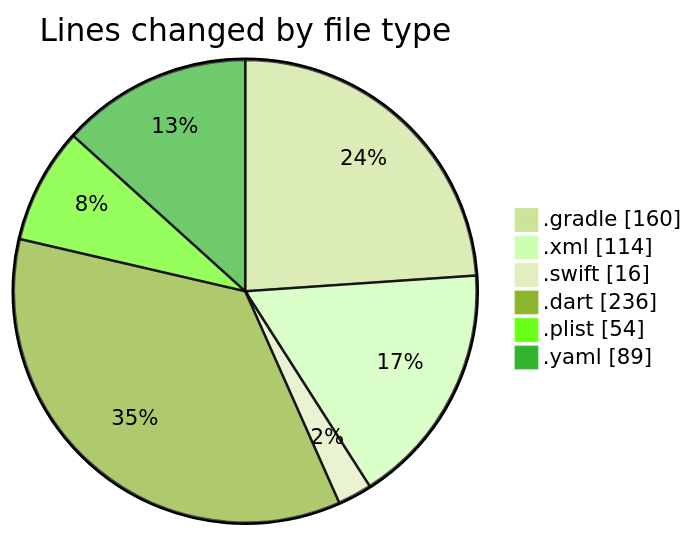
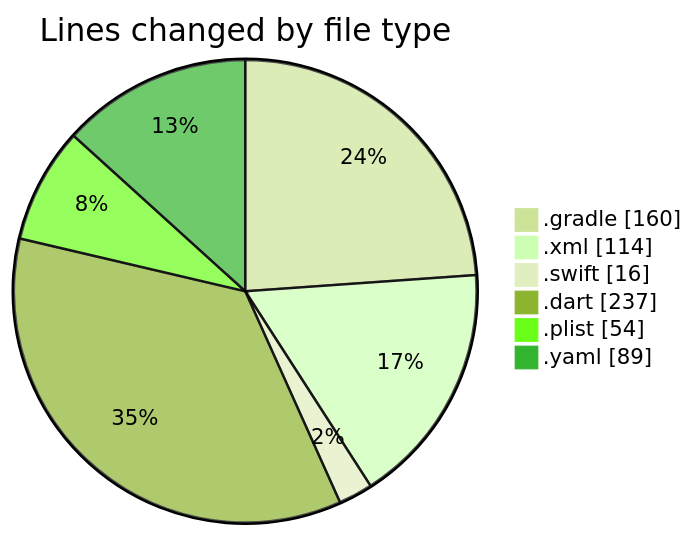
The first of 2 diagrams in 2025-01-01/uber_clone/README.md (donsfak/code-tracking), drawn with Mermaid (forest theme) before and after one commit. The commit also changed other lines of this file and 1 other file, not shown here.

````diff
--- a/2025-01-01/uber_clone/README.md
+++ b/2025-01-01/uber_clone/README.md
@@ -28,10 +28,10 @@
 ```mermaid
 pie showData
 title Lines changed by file type
 ".gradle" : 160
 ".xml" : 114
 ".swift" : 16
-".dart" : 236
+".dart" : 237
 ".plist" : 54
 ".yaml" : 89
 ```
````
